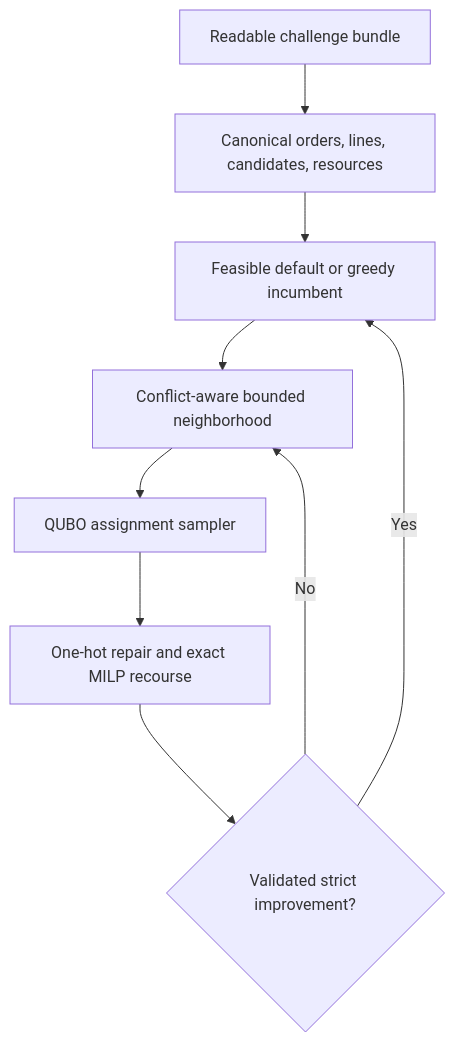
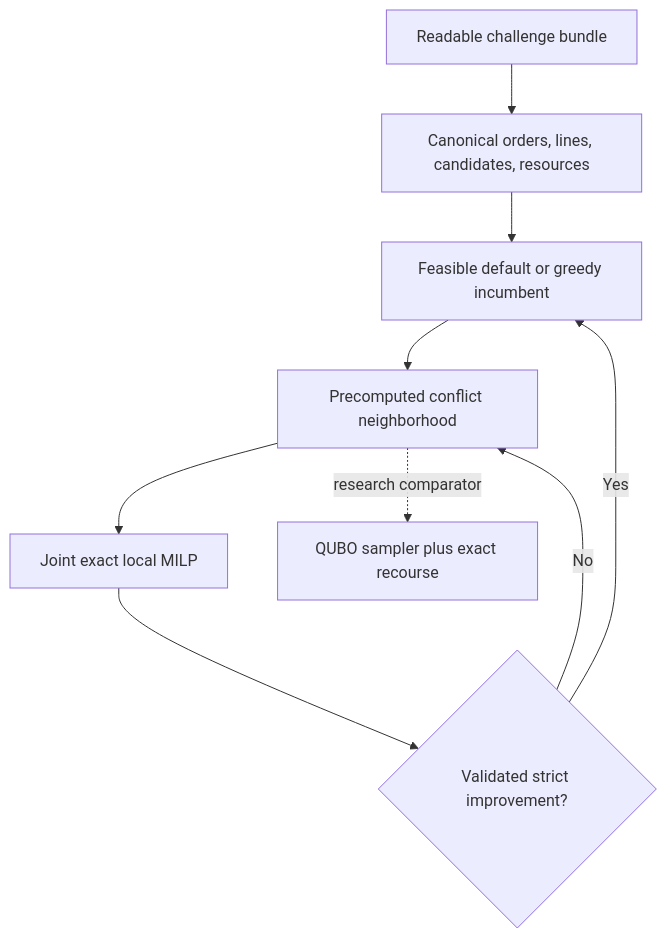
One commit to apomorovv/wiser-dom-optimization changed the diagram in README.md. Above: the diagram before and after it, drawn with Mermaid. The commit also changed other lines of this file and 53 other files, not shown here.

````diff
--- a/README.md
+++ b/README.md
@@ -66,11 +65,11 @@
 ```mermaid
 flowchart TD
     A["Readable challenge bundle"] --> B["Canonical orders, lines, candidates, resources"]
     B --> C["Feasible default or greedy incumbent"]
-    C --> D["Conflict-aware bounded neighborhood"]
-    D --> E["QUBO assignment sampler"]
-    E --> F["One-hot repair and exact MILP recourse"]
-    F --> G{"Validated strict improvement?"}
-    G -->|Yes| C
-    G -->|No| D
+    C --> D["Precomputed conflict neighborhood"]
+    D --> E["Joint exact local MILP"]
+    E --> F{"Validated strict improvement?"}
+    F -->|Yes| C
+    F -->|No| D
+    D -. research comparator .-> G["QUBO sampler plus exact recourse"]
 ```
````
